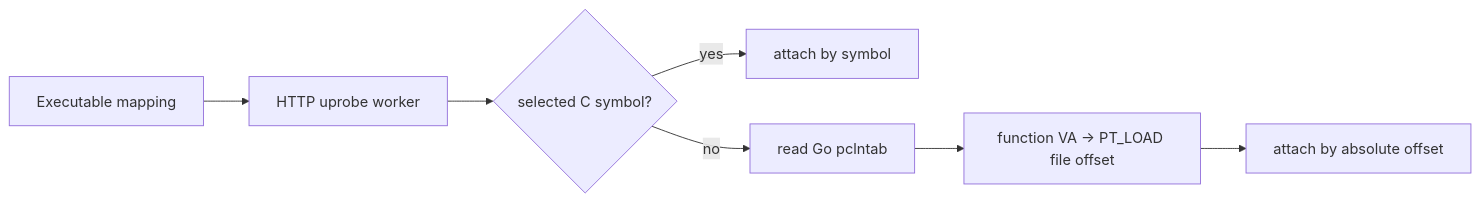
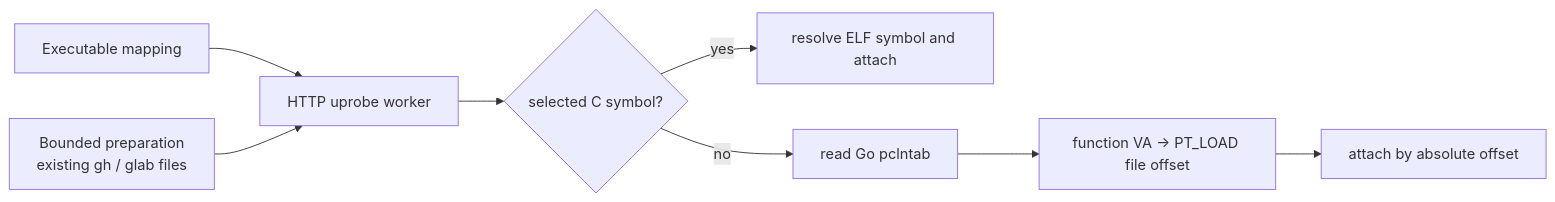
Before and after one commit to cicd-sensor/cicd-sensor: the first of 2 diagrams in docs/developer-guide/ebpf/go-http-uprobes.md, drawn with Mermaid. The commit also changed 10 other files, not shown here.

````diff
--- a/docs/developer-guide/ebpf/go-http-uprobes.md
+++ b/docs/developer-guide/ebpf/go-http-uprobes.md
@@ -42,9 +42,10 @@
 ```mermaid
 flowchart LR
     MAP["Executable mapping"] --> WORKER["HTTP uprobe worker"]
+    PREP["Bounded preparation<br/>existing gh / glab files"] --> WORKER
     WORKER --> C{"selected C symbol?"}
-    C -->|"yes"| SYMBOL["attach by symbol"]
+    C -->|"yes"| SYMBOL["resolve ELF symbol and attach"]
     C -->|"no"| PCLN["read Go pclntab"]
     PCLN --> OFFSET["function VA → PT_LOAD file offset"]
     OFFSET --> ATTACH["attach by absolute offset"]
 ```
````
